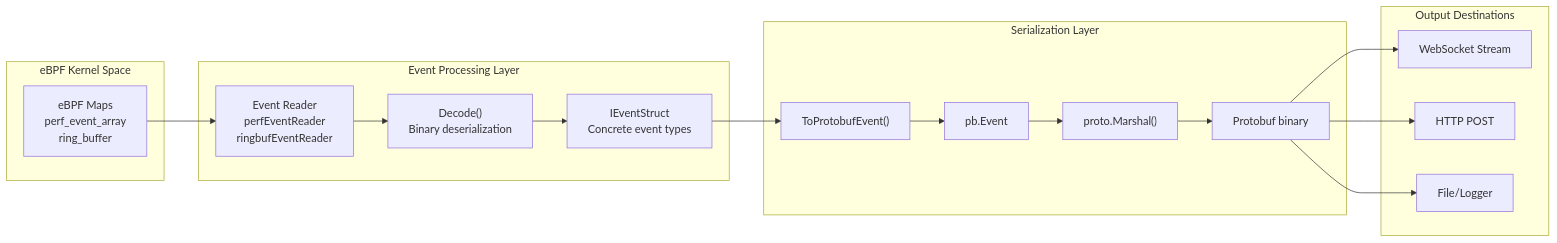
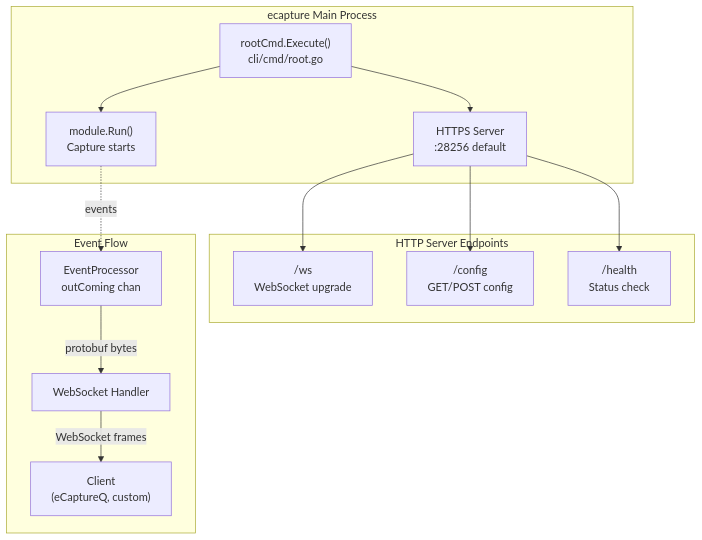
One commit to gojue/ecapture.cc changed the fourth of 10 diagrams in src/en/4-output-formats/4.4-protobuf-and-external-integration.md. Above: the diagram before and after it, drawn with Mermaid. The commit also changed other lines of this file and 115 other files, not shown here.

````diff
--- a/src/en/4-output-formats/4.4-protobuf-and-external-integration.md
+++ b/src/en/4-output-formats/4.4-protobuf-and-external-integration.md
@@ -128,38 +176,32 @@
 ```mermaid
-flowchart LR
-    subgraph eBPF["eBPF Kernel Space"]
-        Maps["eBPF Maps<br/>perf_event_array<br/>ring_buffer"]
+graph TB
+    subgraph "ecapture Main Process"
+        RootCmd["rootCmd.Execute()<br/>cli/cmd/root.go"]
+        ModuleRun["module.Run()<br/>Capture starts"]
+        HTTPServer["HTTPS Server<br/>:28256 default"]
+        
+        RootCmd --> ModuleRun
+        RootCmd --> HTTPServer
     end
     
-    subgraph EventProcessing["Event Processing Layer"]
-        Reader["Event Reader<br/>perfEventReader<br/>ringbufEventReader"]
-        Decoder["Decode()<br/>Binary deserialization"]
-        EventStruct["IEventStruct<br/>Concrete event types"]
+    subgraph "HTTP Server Endpoints"
+        WSEndpoint["/ws<br/>WebSocket upgrade"]
+        ConfigAPI["/config<br/>GET/POST config"]
+        HealthAPI["/health<br/>Status check"]
+        
+        HTTPServer --> WSEndpoint
+        HTTPServer --> ConfigAPI
+        HTTPServer --> HealthAPI
     end
     
-    subgraph Serialization["Serialization Layer"]
-        ToProto["ToProtobufEvent()"]
-        PbEvent["pb.Event"]
-        Marshal["proto.Marshal()"]
-        Binary["Protobuf binary"]
+    subgraph "Event Flow"
+        EventProcessor["EventProcessor<br/>outComing chan"]
+        WSHandler["WebSocket Handler"]
+        Client["Client<br/>(eCaptureQ, custom)"]
+        
+        EventProcessor -->|"protobuf bytes"| WSHandler
+        WSHandler -->|"WebSocket frames"| Client
     end
     
-    subgraph Output["Output Destinations"]
-        WebSocket["WebSocket Stream"]
-        HTTP["HTTP POST"]
-        File["File/Logger"]
-    end
-    
-    Maps --> Reader
-    Reader --> Decoder
-    Decoder --> EventStruct
-    
-    EventStruct --> ToProto
-    ToProto --> PbEvent
-    PbEvent --> Marshal
-    Marshal --> Binary
-    
-    Binary --> WebSocket
-    Binary --> HTTP
-    Binary --> File
+    ModuleRun -.->|"events"| EventProcessor
 ```
````
